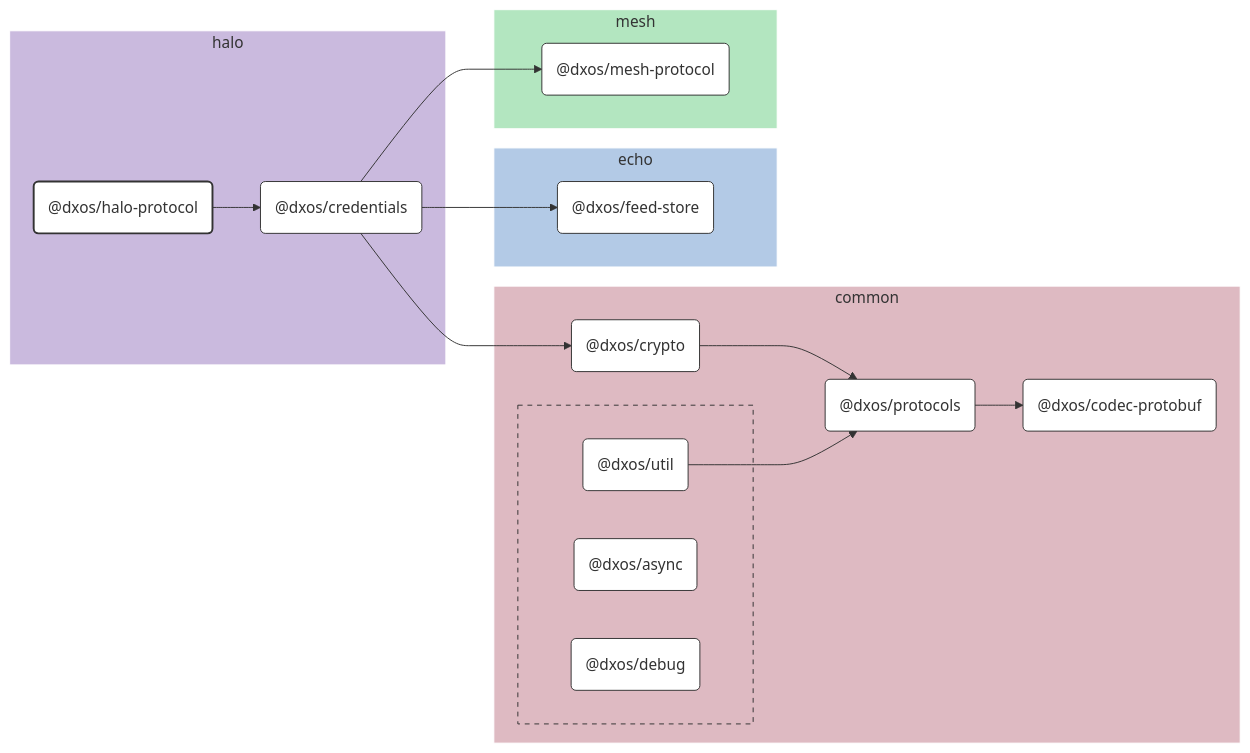
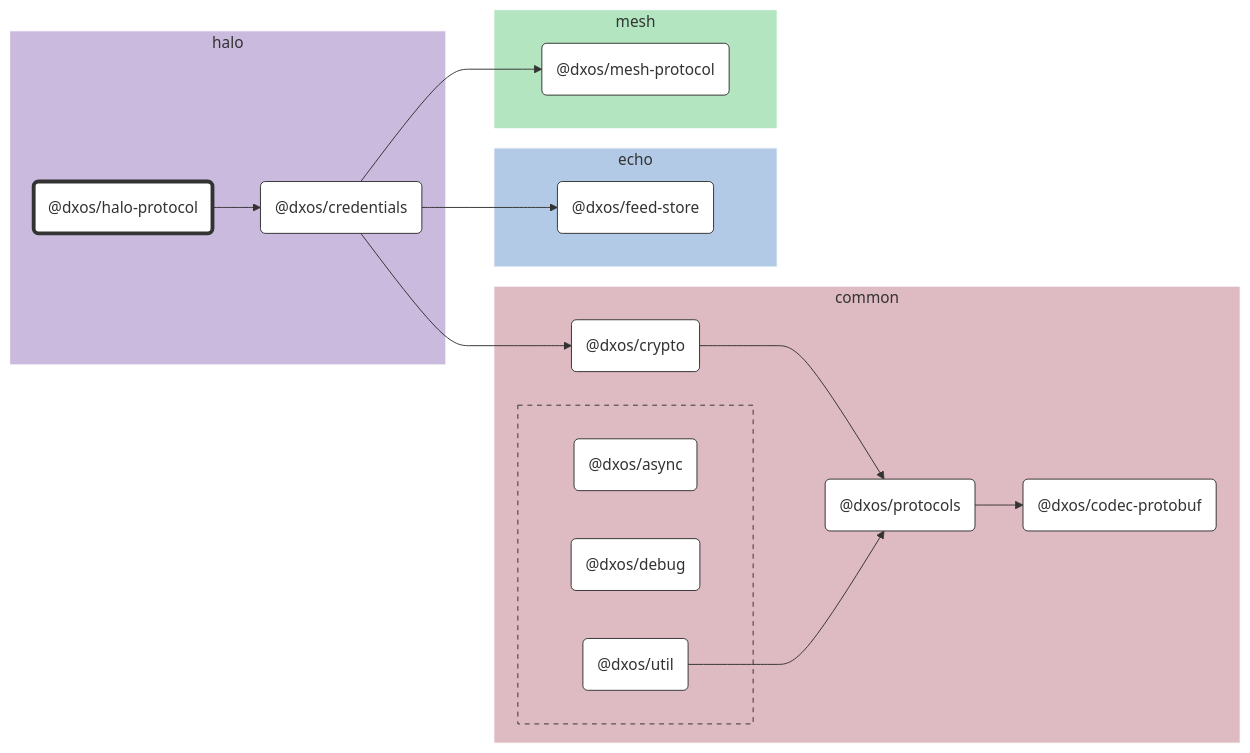
Before and after one commit to dxos/dxos: the diagram in packages/halo/halo-protocol/docs/README.md, drawn with Mermaid. The commit also changed 104 other files, not shown here.

````diff
--- a/packages/halo/halo-protocol/docs/README.md
+++ b/packages/halo/halo-protocol/docs/README.md
@@ -7,79 +7,61 @@
 ```mermaid
 %%{ init: {'flowchart':{'curve':'basis'}} }%%
 
 flowchart LR
 
-%% Links
-dxos/credentials --> dxos/crypto;
-dxos/credentials --> dxos/feed-store;
-dxos/credentials --> dxos/mesh-protocol;
-dxos/crypto --> dxos/protocols;
-dxos/halo-protocol --> dxos/credentials;
-dxos/protocols --> dxos/codec-protobuf;
-dxos/util --> dxos/protocols;
+%% Classes
+classDef def fill:#fff,stroke:#333,stroke-width:1px
+classDef root fill:#fff,stroke:#333,stroke-width:4px
 
-%% Sections
-subgraph halo
-  style halo fill:#cabade,stroke:#fff;
+%% Nodes
 
-  dxos/credentials("@dxos/credentials")
-  dxos/halo-protocol("@dxos/halo-protocol")
+subgraph halo [halo]
+  style halo fill:#cabade,stroke:#fff
+  dxos/halo-protocol("@dxos/halo-protocol"):::root
+  click dxos/halo-protocol "dxos/dxos/tree/main/packages/halo/halo-protocol/docs"
+  dxos/credentials("@dxos/credentials"):::def
+  click dxos/credentials "dxos/dxos/tree/main/packages/halo/credentials/docs"
 end
 
-subgraph common
-  style common fill:#debac2,stroke:#fff;
-
-  dxos/codec-protobuf("@dxos/codec-protobuf")
-  dxos/crypto("@dxos/crypto")
-  dxos/protocols("@dxos/protocols")
+subgraph common [common]
+  style common fill:#debac2,stroke:#fff
+  dxos/codec-protobuf("@dxos/codec-protobuf"):::def
+  click dxos/codec-protobuf "dxos/dxos/tree/main/packages/common/codec-protobuf/docs"
+  dxos/crypto("@dxos/crypto"):::def
+  click dxos/crypto "dxos/dxos/tree/main/packages/common/crypto/docs"
+  dxos/protocols("@dxos/protocols"):::def
+  click dxos/protocols "dxos/dxos/tree/main/packages/common/protocols/docs"
 
   subgraph common-excluded [ ]
-    style common-excluded fill:#debac2,stroke:#333,stroke-dasharray:5 5;
-
-    dxos/async("@dxos/async")
-    dxos/debug("@dxos/debug")
-    dxos/util("@dxos/util")
+    style common-excluded fill:#debac2,stroke:#333,stroke-dasharray:5 5
+    dxos/async("@dxos/async"):::def
+    click dxos/async "dxos/dxos/tree/main/packages/common/async/docs"
+    dxos/debug("@dxos/debug"):::def
+    click dxos/debug "dxos/dxos/tree/main/packages/common/debug/docs"
+    dxos/util("@dxos/util"):::def
+    click dxos/util "dxos/dxos/tree/main/packages/common/util/docs"
   end
 end
 
-subgraph echo
-  style echo fill:#b3cae6,stroke:#fff;
-
-  dxos/feed-store("@dxos/feed-store")
+subgraph echo [echo]
+  style echo fill:#b3cae6,stroke:#fff
+  dxos/feed-store("@dxos/feed-store"):::def
+  click dxos/feed-store "dxos/dxos/tree/main/packages/echo/feed-store/docs"
 end
 
-subgraph mesh
-  style mesh fill:#b3e6c0,stroke:#fff;
-
-  dxos/mesh-protocol("@dxos/mesh-protocol")
+subgraph mesh [mesh]
+  style mesh fill:#b3e6c0,stroke:#fff
+  dxos/mesh-protocol("@dxos/mesh-protocol"):::def
+  click dxos/mesh-protocol "dxos/dxos/tree/main/packages/mesh/mesh-protocol/docs"
 end
 
-
-%% Hyperlinks
-click dxos/async "dxos/dxos/tree/main/packages/common/async/docs";
-click dxos/codec-protobuf "dxos/dxos/tree/main/packages/common/codec-protobuf/docs";
-click dxos/credentials "dxos/dxos/tree/main/packages/halo/credentials/docs";
-click dxos/crypto "dxos/dxos/tree/main/packages/common/crypto/docs";
-click dxos/debug "dxos/dxos/tree/main/packages/common/debug/docs";
-click dxos/feed-store "dxos/dxos/tree/main/packages/echo/feed-store/docs";
-click dxos/mesh-protocol "dxos/dxos/tree/main/packages/mesh/mesh-protocol/docs";
-click dxos/protocols "dxos/dxos/tree/main/packages/common/protocols/docs";
-click dxos/util "dxos/dxos/tree/main/packages/common/util/docs";
-
-%% Styles
-classDef rootNode fill:#fff,stroke:#333,stroke-width:2px
-classDef defaultNode fill:#fff,stroke:#333,stroke-width:1px
+%% Links
 linkStyle default stroke:#333,stroke-width:1px
-
-dxos/halo-protocol:::rootNode
-
-dxos/async:::defaultNode
-dxos/codec-protobuf:::defaultNode
-dxos/credentials:::defaultNode
-dxos/crypto:::defaultNode
-dxos/debug:::defaultNode
-dxos/feed-store:::defaultNode
-dxos/mesh-protocol:::defaultNode
-dxos/protocols:::defaultNode
-dxos/util:::defaultNode
+dxos/halo-protocol --> dxos/credentials
+dxos/credentials --> dxos/crypto
+dxos/crypto --> dxos/protocols
+dxos/protocols --> dxos/codec-protobuf
+dxos/credentials --> dxos/feed-store
+dxos/util --> dxos/protocols
+dxos/credentials --> dxos/mesh-protocol
 ```
````
